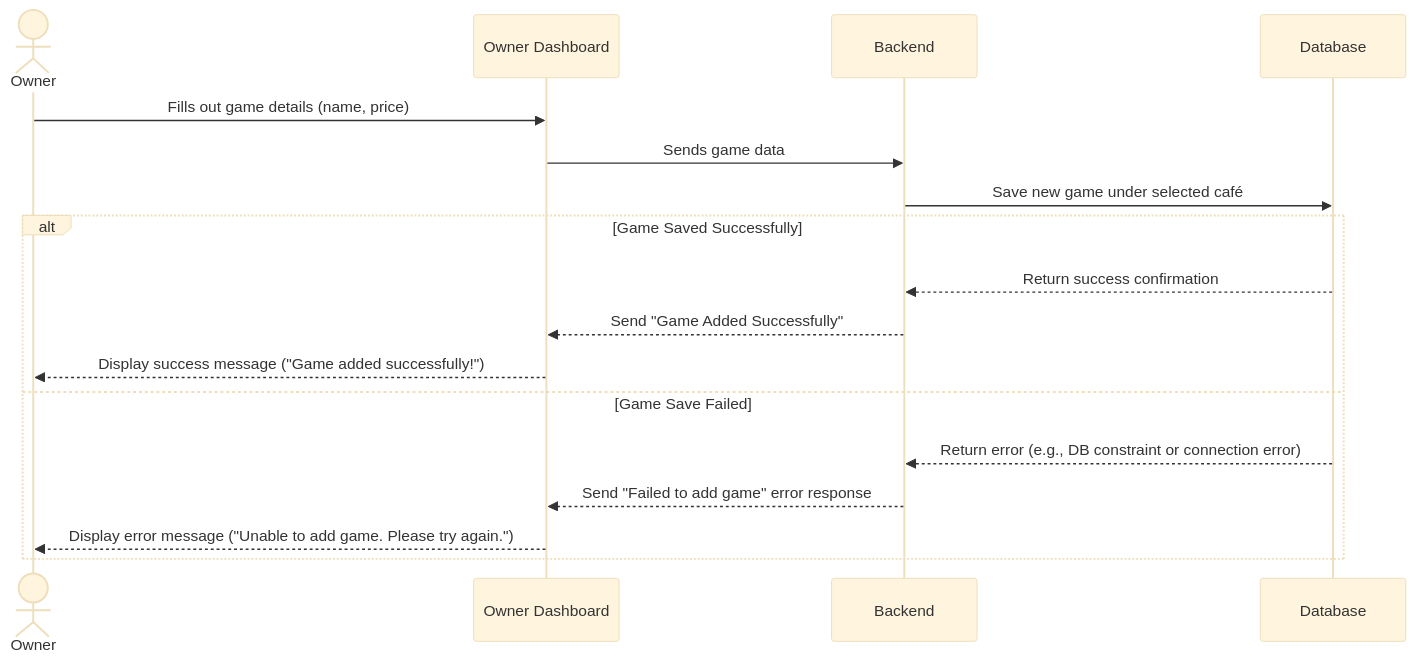
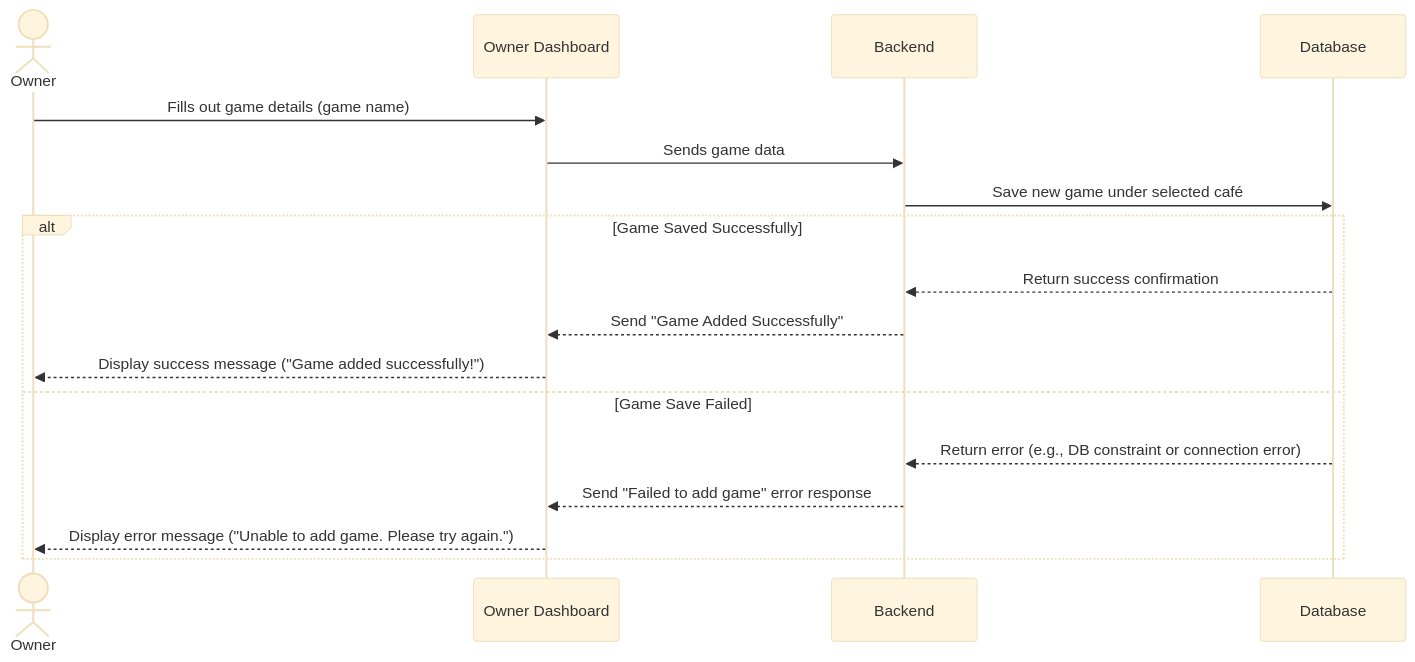
Before and after one commit to yuvrajsingh-Gkmit/gamegrid-docs: the sixth of 8 diagrams in docs/index.md, drawn with Mermaid. The commit also changed other lines of this file, not shown here.

````diff
--- a/docs/index.md
+++ b/docs/index.md
@@ -671,23 +668,23 @@
 ```mermaid
 %%{init: {'theme':'base', 'themeVariables': { 'fontSize':'18px', 'fontFamily':'Arial'}}}%%
 sequenceDiagram
     actor Owner
     participant UI as Owner Dashboard
     participant API as Backend
     participant DB as Database
 
-    Owner->>UI: Fills out game details (name, price)
+    Owner->>UI: Fills out game details (game name)
     UI->>API: Sends game data
     API->>DB: Save new game under selected café
 
     alt Game Saved Successfully
         DB-->>API: Return success confirmation
         API-->>UI: Send "Game Added Successfully"
         UI-->>Owner: Display success message ("Game added successfully!")
     else Game Save Failed
         DB-->>API: Return error (e.g., DB constraint or connection error)
         API-->>UI: Send "Failed to add game" error response
         UI-->>Owner: Display error message ("Unable to add game. Please try again.")
     end
 
 ```
````
